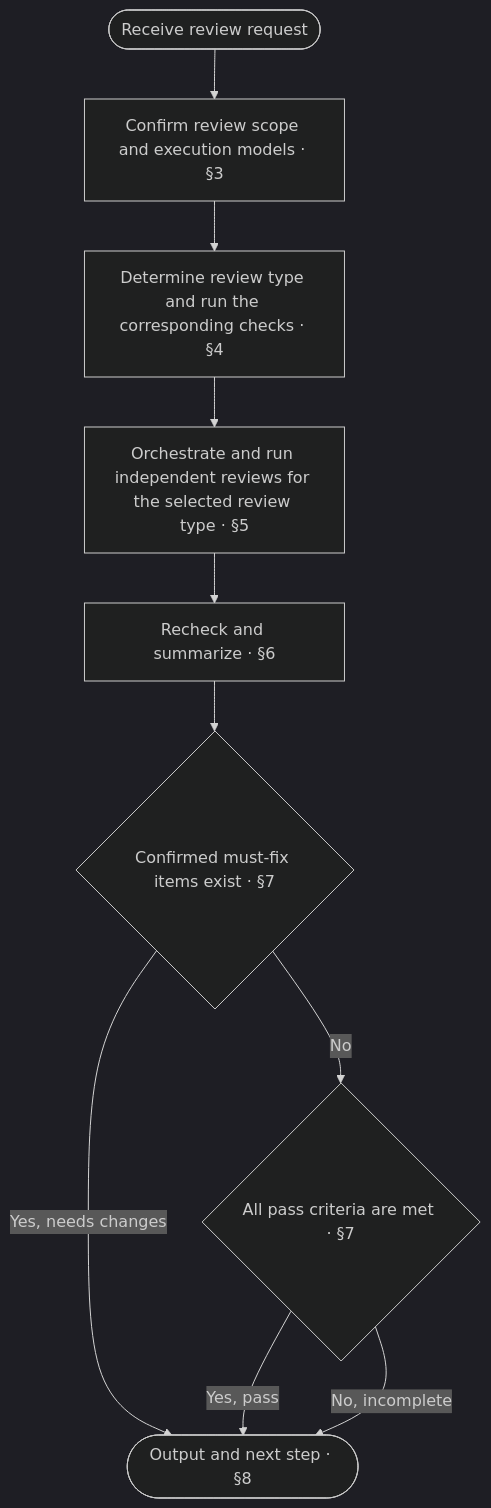
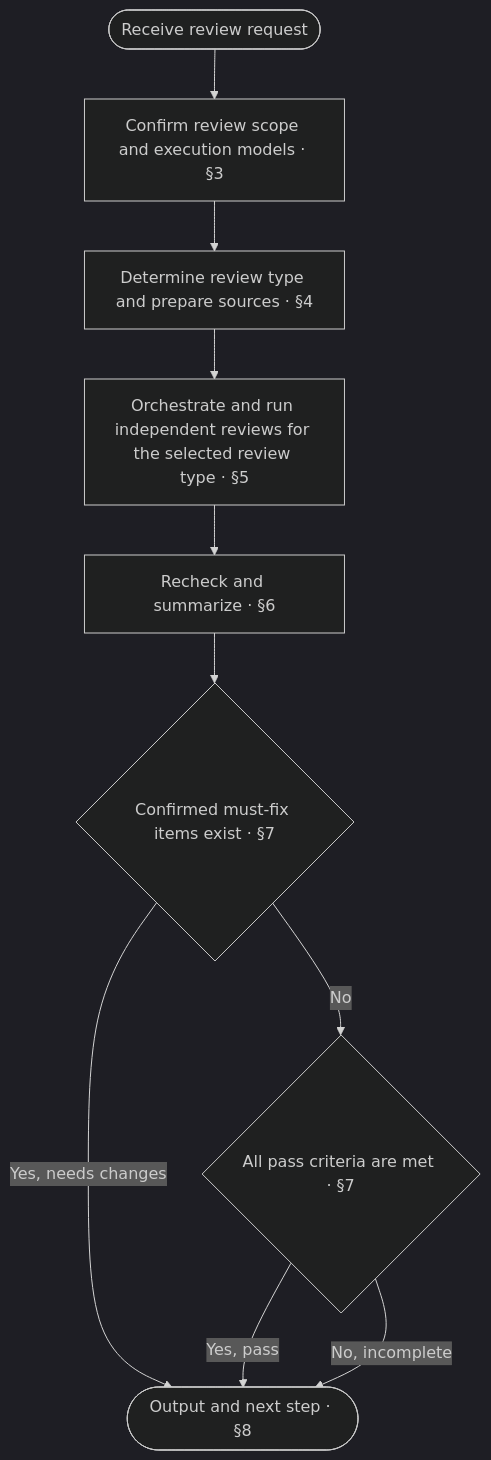
The first of 2 diagrams in dist/antigravity-cli/aca-review/SKILL.md (ruozi/anyone-can-architect), drawn with Mermaid (dark theme) before and after one commit. The commit also changed other lines of this file and 116 other files, not shown here.

````diff
--- a/dist/antigravity-cli/aca-review/SKILL.md
+++ b/dist/antigravity-cli/aca-review/SKILL.md
@@ -80,12 +80,12 @@
 ```mermaid
 flowchart TD
     Start([Receive review request]) --> Scope["Confirm review scope and execution models · §3"]
-    Scope --> Check["Determine review type and run the corresponding checks · §4"]
+    Scope --> Check["Determine review type and prepare sources · §4"]
     Check --> Audit["Orchestrate and run independent reviews for the selected review type · §5"]
     Audit --> Verify["Recheck and summarize · §6"]
     Verify --> Issues{"Confirmed must-fix items exist · §7"}
     Issues -- Yes, needs changes --> Report(["Output and next step · §8"])
     Issues -- No --> Complete{"All pass criteria are met · §7"}
     Complete -- Yes, pass --> Report
     Complete -- No, incomplete --> Report
 ```
````
